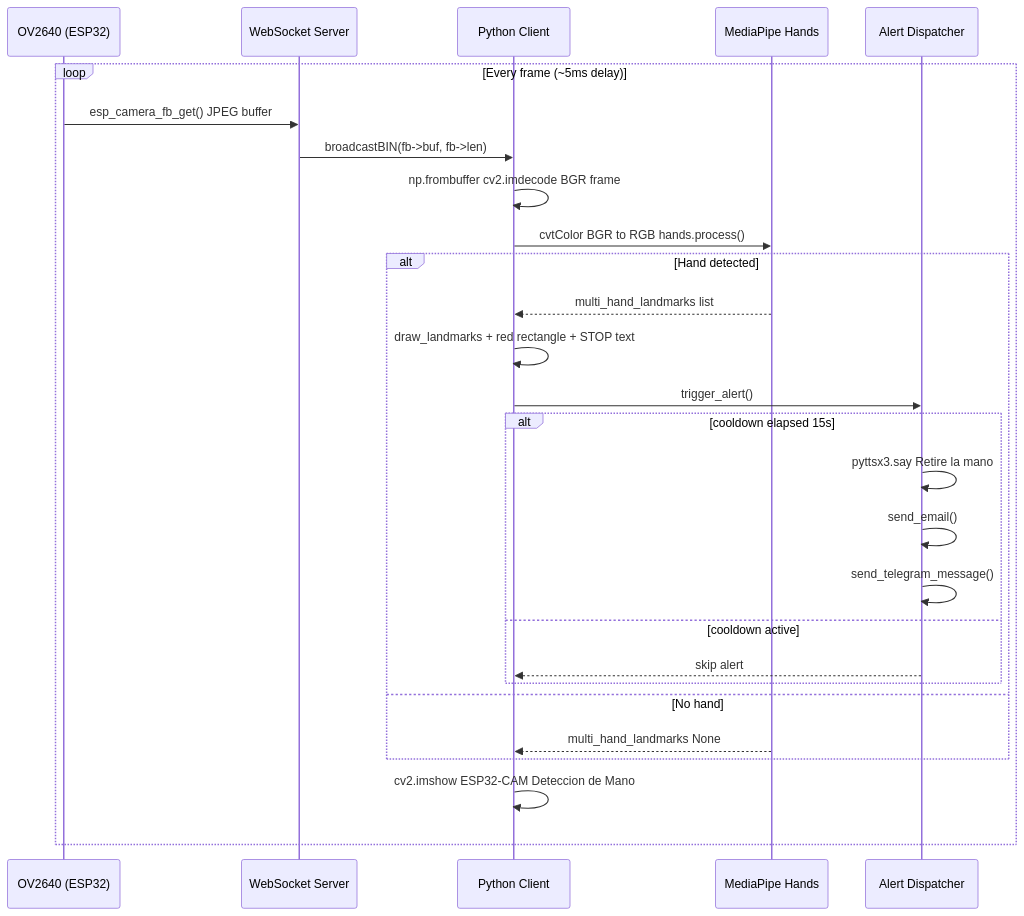
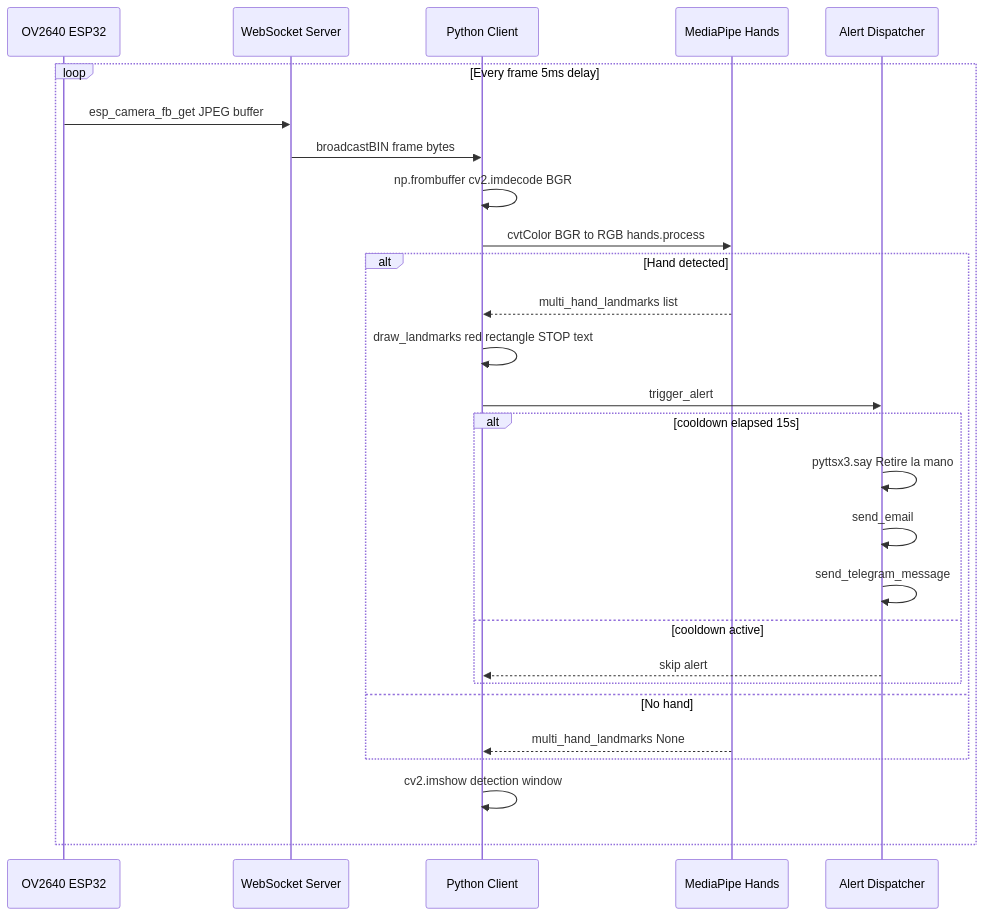
Before and after one commit to jorgefajardom-coder/esp32cam-hand-detection-safety-system: the second of 8 diagrams in README.md, drawn with Mermaid. The commit also changed other lines of this file, not shown here.

````diff
--- a/README.md
+++ b/README.md
@@ -116,33 +115,33 @@
 ```mermaid
 sequenceDiagram
-    participant CAM as OV2640 (ESP32)
+    participant CAM as OV2640 ESP32
     participant WS as WebSocket Server
     participant PY as Python Client
     participant MP as MediaPipe Hands
     participant AL as Alert Dispatcher
 
-    loop Every frame (~5ms delay)
-        CAM->>WS: esp_camera_fb_get() JPEG buffer
-        WS->>PY: broadcastBIN(fb->buf, fb->len)
-        PY->>PY: np.frombuffer cv2.imdecode BGR frame
-        PY->>MP: cvtColor BGR to RGB hands.process()
+    loop Every frame 5ms delay
+        CAM->>WS: esp_camera_fb_get JPEG buffer
+        WS->>PY: broadcastBIN frame bytes
+        PY->>PY: np.frombuffer cv2.imdecode BGR
+        PY->>MP: cvtColor BGR to RGB hands.process
 
         alt Hand detected
             MP-->>PY: multi_hand_landmarks list
-            PY->>PY: draw_landmarks + red rectangle + STOP text
-            PY->>AL: trigger_alert()
+            PY->>PY: draw_landmarks red rectangle STOP text
+            PY->>AL: trigger_alert
 
             alt cooldown elapsed 15s
                 AL->>AL: pyttsx3.say Retire la mano
-                AL->>AL: send_email()
-                AL->>AL: send_telegram_message()
+                AL->>AL: send_email
+                AL->>AL: send_telegram_message
             else cooldown active
                 AL-->>PY: skip alert
             end
         else No hand
             MP-->>PY: multi_hand_landmarks None
         end
 
-        PY->>PY: cv2.imshow ESP32-CAM Deteccion de Mano
+        PY->>PY: cv2.imshow detection window
     end
 ```
````
